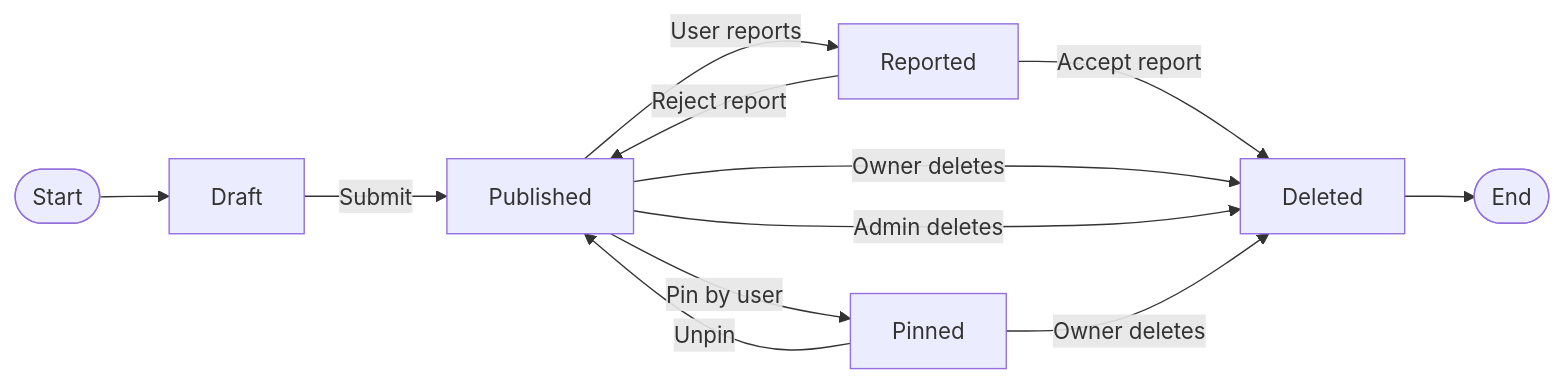
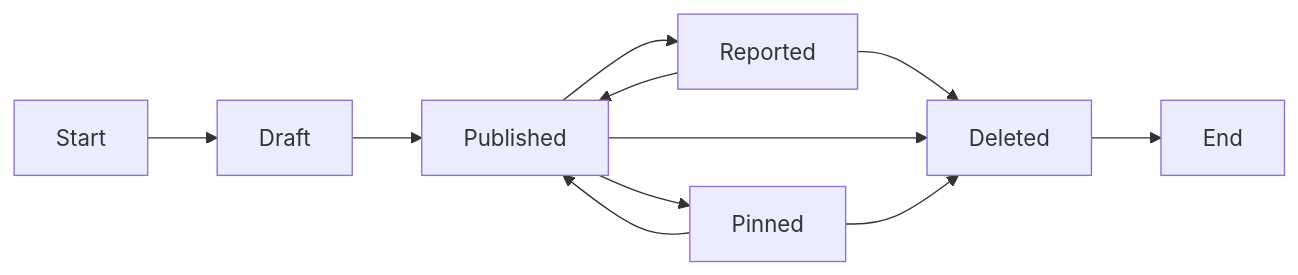
One commit to vd120/laravel_project changed diagram 18 of 29 in UML.md. Above: the diagram before and after it, drawn with Mermaid. The commit also changed other lines of this file, not shown here.

````diff
--- a/UML.md
+++ b/UML.md
@@ -1088,14 +1082,13 @@
 ```mermaid
 flowchart LR
-    A([Start]) --> B[Draft]
-    B -->|Submit| C[Published]
-    C -->|Pin by user| D[Pinned]
-    D -->|Unpin| C
-    C -->|User reports| E[Reported]
-    E -->|Reject report| C
-    E -->|Accept report| F[Deleted]
-    C -->|Owner deletes| F
-    C -->|Admin deletes| F
-    D -->|Owner deletes| F
-    F --> G([End])
+    A[Start] --> B[Draft]
+    B --> C[Published]
+    C --> D[Pinned]
+    D --> C
+    C --> E[Reported]
+    E --> C
+    E --> F[Deleted]
+    C --> F
+    D --> F
+    F --> G[End]
 ```
````
